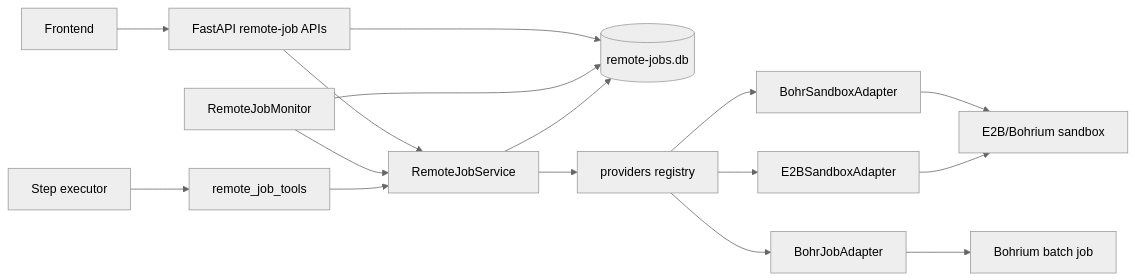
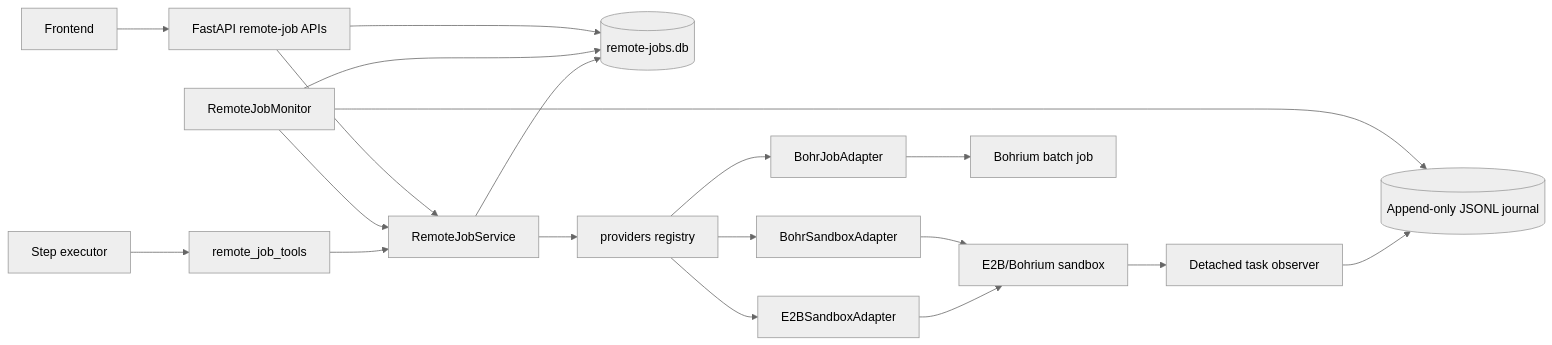
The diagram in docs/remote_job_monitoring.md (AI4MS/MatCreator), drawn with Mermaid (neutral theme) before and after one commit. The commit also changed other lines of this file and 82 other files, not shown here.

````diff
--- a/docs/remote_job_monitoring.md
+++ b/docs/remote_job_monitoring.md
@@ -18,19 +18,22 @@
 ```mermaid
 flowchart LR
     Agent[Step executor] --> Tools[remote_job_tools]
     Tools --> Service[RemoteJobService]
     Service --> Store[(remote-jobs.db)]
     Service --> Registry[providers registry]
     Registry --> E2B[E2BSandboxAdapter]
     Registry --> BohrSbx[BohrSandboxAdapter]
     Registry --> BohrJob[BohrJobAdapter]
     E2B --> Sandbox[E2B/Bohrium sandbox]
     BohrSbx --> Sandbox
     BohrJob --> Batch[Bohrium batch job]
+    Sandbox --> Observer[Detached task observer]
+    Observer --> Journal[(Append-only JSONL journal)]
 
     Monitor[RemoteJobMonitor] --> Service
     Monitor --> Store
+    Monitor --> Journal
     Frontend[Frontend] --> API[FastAPI remote-job APIs]
     API --> Service
     API --> Store
 ```
````
